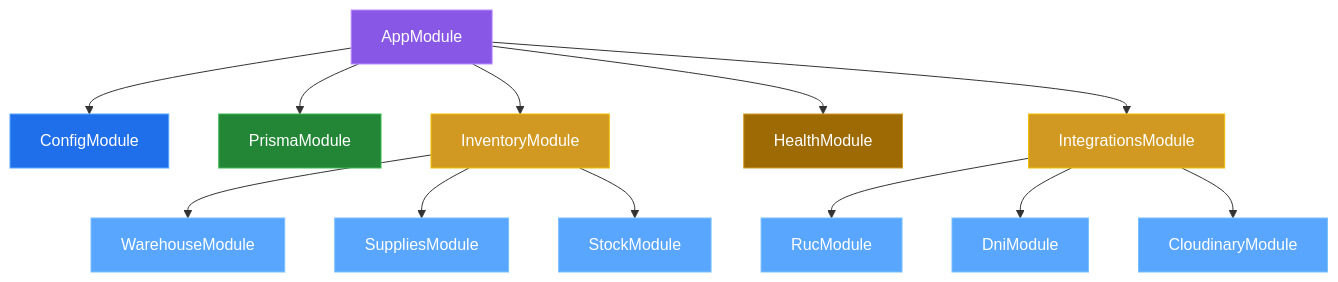
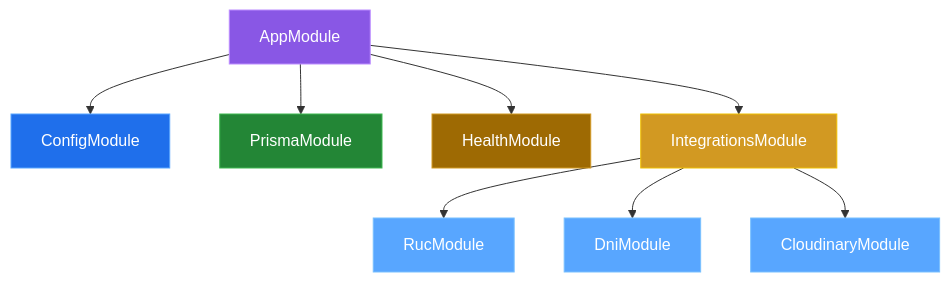
One commit to TURTLE-URP/TURTLE-Backend changed the first of 2 diagrams in docs/03-arquitectura.md. Above: the diagram before and after it, drawn with Mermaid. The commit also changed other lines of this file and 14 other files, not shown here.

````diff
--- a/docs/03-arquitectura.md
+++ b/docs/03-arquitectura.md
@@ -5,27 +5,19 @@
 ```mermaid
 graph TD
     AppModule --> ConfigModule
     AppModule --> PrismaModule
-    AppModule --> InventoryModule
     AppModule --> HealthModule
     AppModule --> IntegrationsModule
-    InventoryModule --> WarehouseModule
-    InventoryModule --> SuppliesModule
-    InventoryModule --> StockModule
     IntegrationsModule --> RucModule
     IntegrationsModule --> DniModule
     IntegrationsModule --> CloudinaryModule
 
     style AppModule fill:#8957e5,stroke:#bc8cff,color:#fff
     style ConfigModule fill:#1f6feb,stroke:#58a6ff,color:#fff
     style PrismaModule fill:#238636,stroke:#3fb950,color:#fff
     style HealthModule fill:#9e6a03,stroke:#d29922,color:#fff
-    style InventoryModule fill:#d29922,stroke:#f0c000,color:#fff
     style IntegrationsModule fill:#d29922,stroke:#f0c000,color:#fff
-    style WarehouseModule fill:#58a6ff,stroke:#79c0ff,color:#fff
-    style SuppliesModule fill:#58a6ff,stroke:#79c0ff,color:#fff
-    style StockModule fill:#58a6ff,stroke:#79c0ff,color:#fff
     style RucModule fill:#58a6ff,stroke:#79c0ff,color:#fff
     style DniModule fill:#58a6ff,stroke:#79c0ff,color:#fff
     style CloudinaryModule fill:#58a6ff,stroke:#79c0ff,color:#fff
 ```
````
